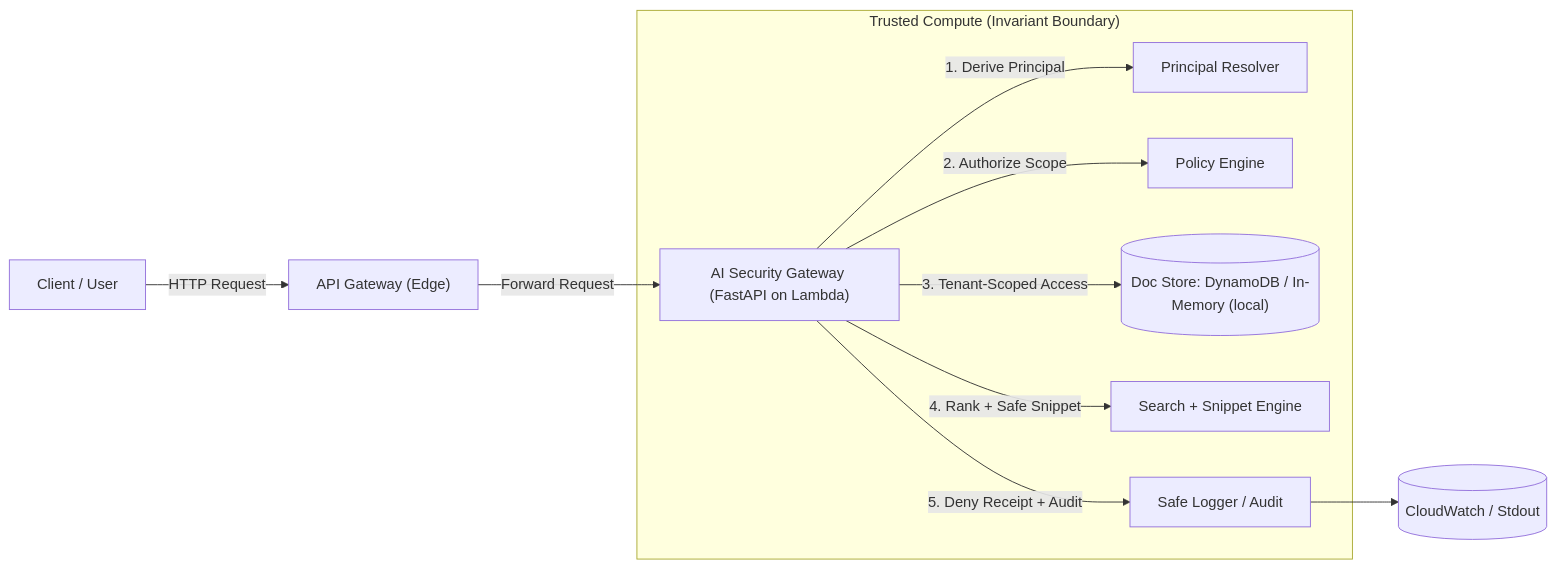
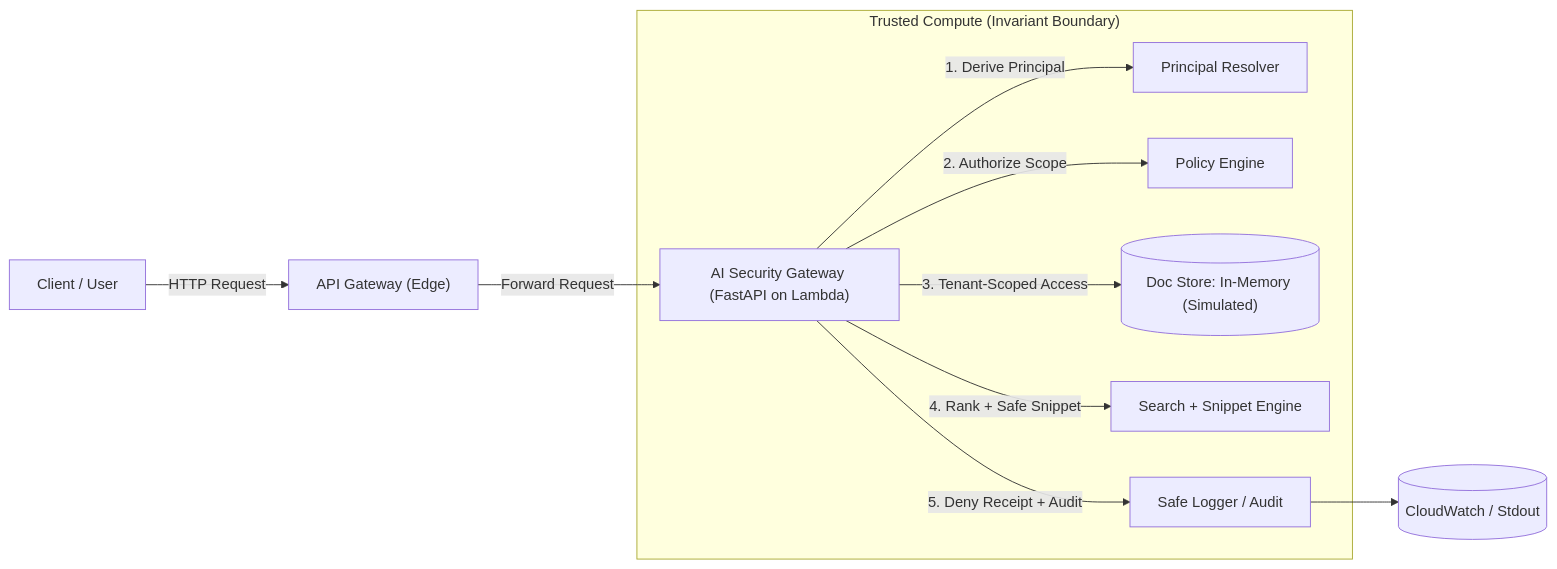
Before and after one commit to eugene-infosec/ai-security-gateway: the diagram in docs/architecture.md, drawn with Mermaid. The commit also changed other lines of this file and 18 other files, not shown here.

````diff
--- a/docs/architecture.md
+++ b/docs/architecture.md
@@ -32,15 +32,15 @@
 ```mermaid
 flowchart LR
   User["Client / User"] -->|HTTP Request| Edge["API Gateway (Edge)"]
   Edge -->|Forward Request| App["AI Security Gateway (FastAPI on Lambda)"]
 
   subgraph TC["Trusted Compute (Invariant Boundary)"]
     App -->|"1. Derive Principal"| Principal["Principal Resolver"]
     App -->|"2. Authorize Scope"| Policy["Policy Engine"]
-    App -->|"3. Tenant-Scoped Access"| Store[("Doc Store: DynamoDB / In-Memory (local)")]
+    App -->|"3. Tenant-Scoped Access"| Store[("Doc Store: In-Memory (Simulated)")]
     App -->|"4. Rank + Safe Snippet"| Search["Search + Snippet Engine"]
     App -->|"5. Deny Receipt + Audit"| Audit["Safe Logger / Audit"]
   end
 
   Audit --> Logs[("CloudWatch / Stdout")]
 ```
````
